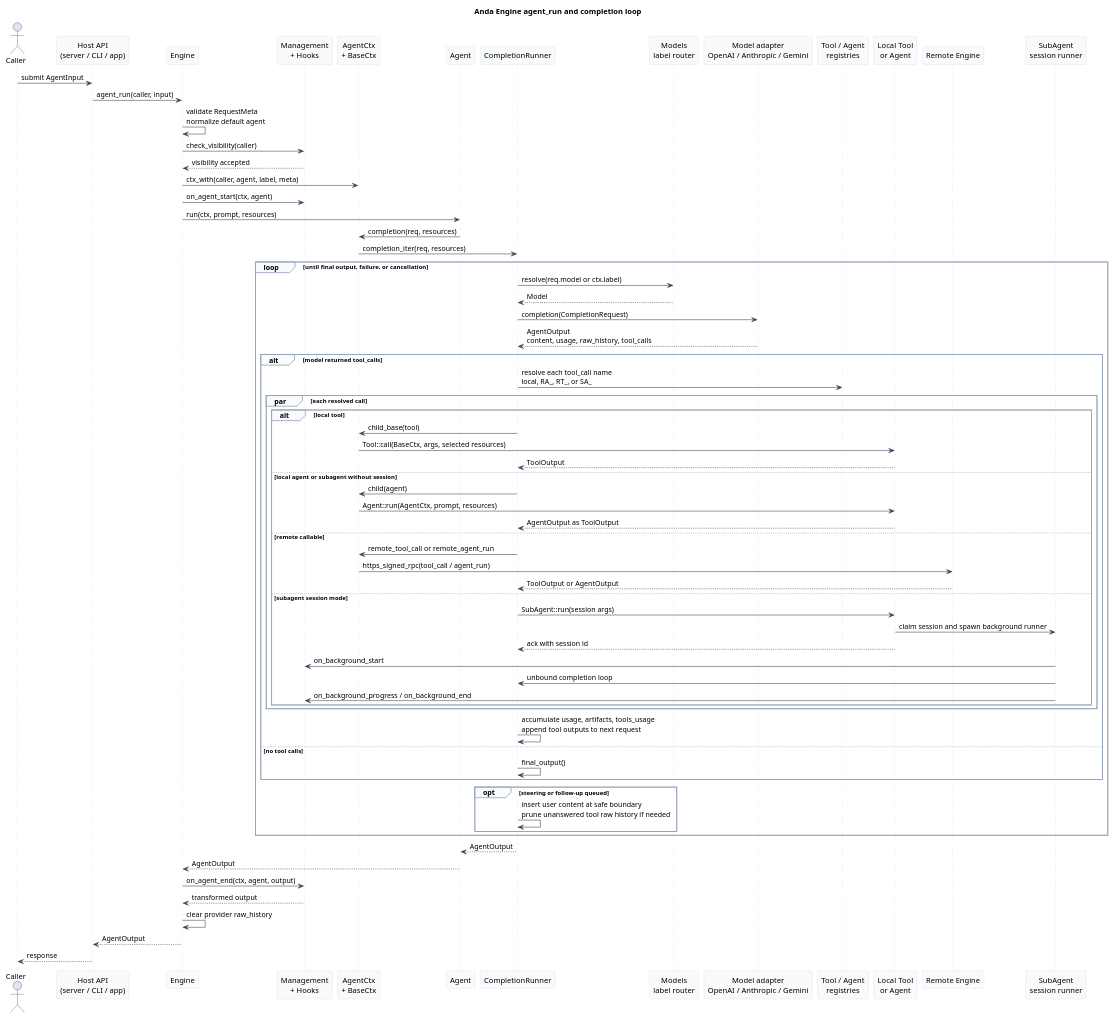
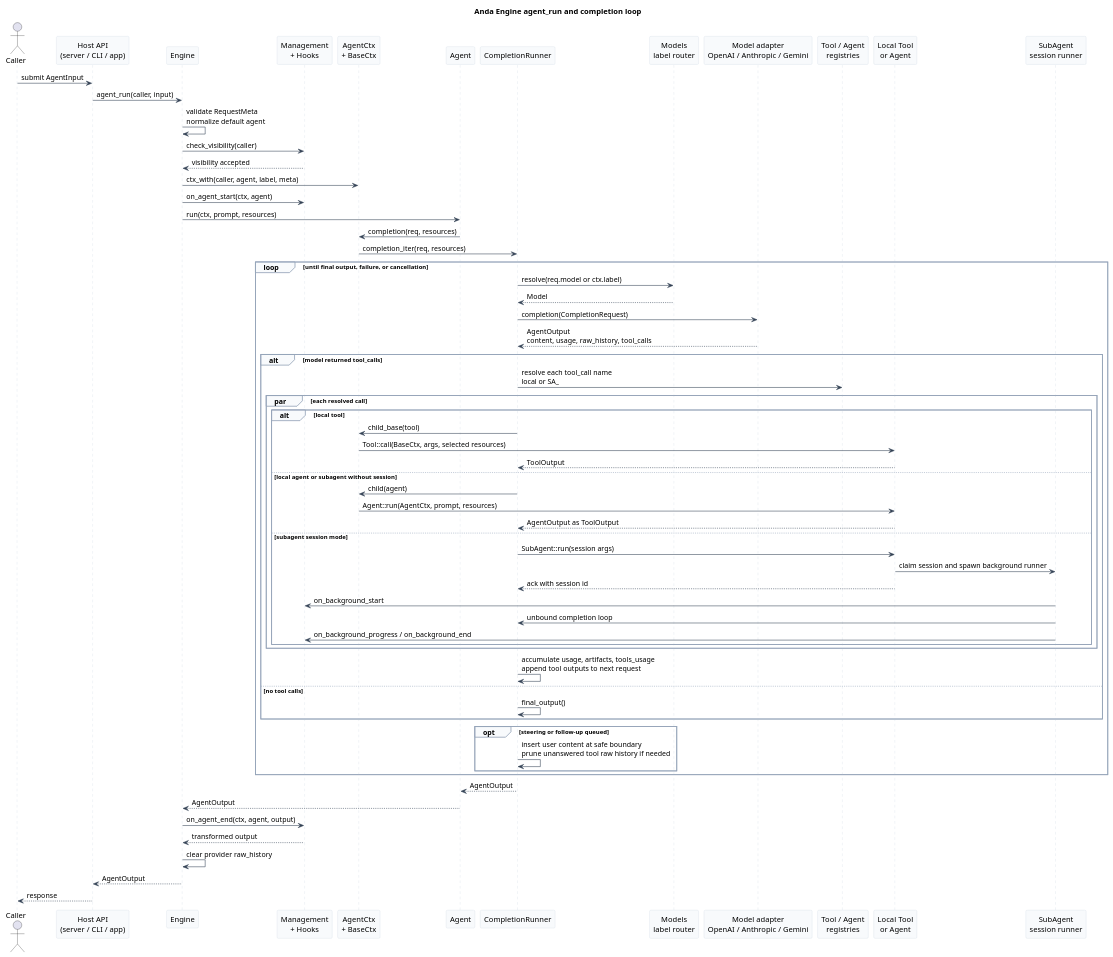
Before and after one commit to ldclabs/anda: the diagram in docs/architecture.md, drawn with PlantUML. The commit also changed other lines of this file and 22 other files, not shown here.

````diff
--- a/docs/architecture.md
+++ b/docs/architecture.md
@@ -147,81 +147,76 @@
 ```plantuml
 @startuml
 title Anda Engine agent_run and completion loop
 skinparam backgroundColor #FFFFFF
 skinparam sequenceArrowColor #334155
 skinparam sequenceLifeLineBorderColor #CBD5E1
 skinparam sequenceParticipantBorderColor #CBD5E1
 skinparam sequenceParticipantBackgroundColor #F8FAFC
 skinparam sequenceGroupBorderColor #94A3B8
 skinparam sequenceGroupBackgroundColor #F8FAFC
 skinparam noteBackgroundColor #FFF7ED
 skinparam noteBorderColor #FDBA74
 actor Caller
 participant "Host API\n(server / CLI / app)" as Host
 participant "Engine" as Engine
 participant "Management\n+ Hooks" as Guard
 participant "AgentCtx\n+ BaseCtx" as Ctx
 participant "Agent" as Agent
 participant "CompletionRunner" as Runner
 participant "Models\nlabel router" as Models
 participant "Model adapter\nOpenAI / Anthropic / Gemini" as Model
 participant "Tool / Agent\nregistries" as Registry
 participant "Local Tool\nor Agent" as Local
-participant "Remote Engine" as Remote
 participant "SubAgent\nsession runner" as SubSession
 Caller -> Host : submit AgentInput
 Host -> Engine : agent_run(caller, input)
 Engine -> Engine : validate RequestMeta\nnormalize default agent
 Engine -> Guard : check_visibility(caller)
 Guard --> Engine : visibility accepted
 Engine -> Ctx : ctx_with(caller, agent, label, meta)
 Engine -> Guard : on_agent_start(ctx, agent)
 Engine -> Agent : run(ctx, prompt, resources)
 Agent -> Ctx : completion(req, resources)
 Ctx -> Runner : completion_iter(req, resources)
 loop until final output, failure, or cancellation
 Runner -> Models : resolve(req.model or ctx.label)
 Models --> Runner : Model
 Runner -> Model : completion(CompletionRequest)
 Model --> Runner : AgentOutput\ncontent, usage, raw_history, tool_calls
 alt model returned tool_calls
-Runner -> Registry : resolve each tool_call name\nlocal, RA_, RT_, or SA_
+Runner -> Registry : resolve each tool_call name\nlocal or SA_
 par each resolved call
 alt local tool
 Runner -> Ctx : child_base(tool)
 Ctx -> Local : Tool::call(BaseCtx, args, selected resources)
 Local --> Runner : ToolOutput
 else local agent or subagent without session
 Runner -> Ctx : child(agent)
 Ctx -> Local : Agent::run(AgentCtx, prompt, resources)
 Local --> Runner : AgentOutput as ToolOutput
-else remote callable
-Runner -> Ctx : remote_tool_call or remote_agent_run
-Ctx -> Remote : https_signed_rpc(tool_call / agent_run)
-Remote --> Runner : ToolOutput or AgentOutput
 else subagent session mode
 Runner -> Local : SubAgent::run(session args)
 Local -> SubSession : claim session and spawn background runner
 Local --> Runner : ack with session id
 SubSession -> Guard : on_background_start
 SubSession -> Runner : unbound completion loop
 SubSession -> Guard : on_background_progress / on_background_end
 end
 end
 Runner -> Runner : accumulate usage, artifacts, tools_usage\nappend tool outputs to next request
 else no tool calls
 Runner -> Runner : final_output()
 end
 opt steering or follow-up queued
 Runner -> Runner : insert user content at safe boundary\nprune unanswered tool raw history if needed
 end
 end
 Runner --> Agent : AgentOutput
 Agent --> Engine : AgentOutput
 Engine -> Guard : on_agent_end(ctx, agent, output)
 Guard --> Engine : transformed output
 Engine -> Engine : clear provider raw_history
 Engine --> Host : AgentOutput
 Host --> Caller : response
 @enduml
 ```
````
